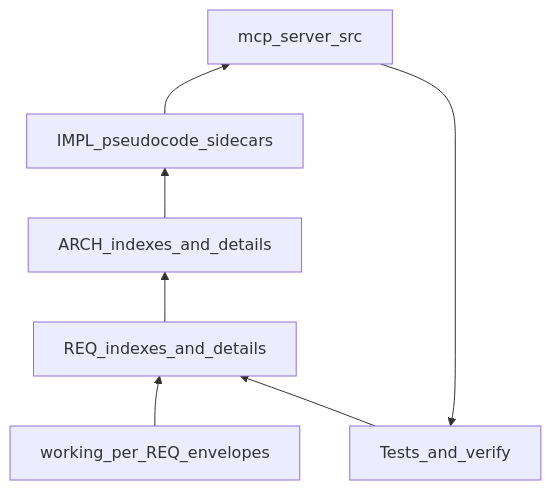
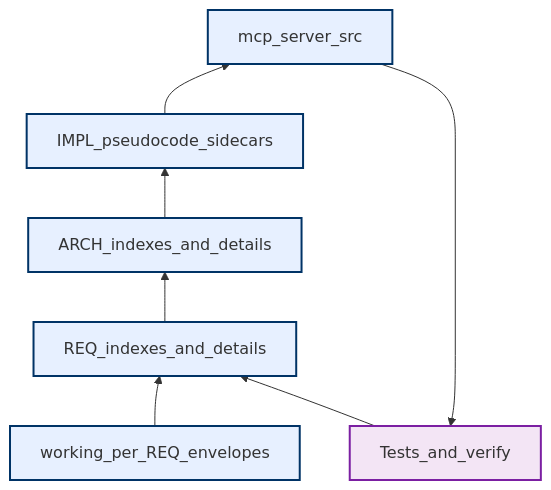
One commit to fareedst/tied changed the third of 14 diagrams in docs/stdd-workflows.md. Above: the diagram before and after it, drawn with Mermaid. The commit also changed other lines of this file and 18 other files, not shown here.

First line of the commit message:
Add STDD vocab visual encoding registry and term color index.

````diff
--- a/docs/stdd-workflows.md
+++ b/docs/stdd-workflows.md
@@ -92,15 +101,18 @@
 ```mermaid
 flowchart BT
-  tests[Tests_and_verify]
-  implCode[mcp_server_src]
-  implYaml[IMPL_pseudocode_sidecars]
-  archYaml[ARCH_indexes_and_details]
-  reqYaml[REQ_indexes_and_details]
-  working[working_per_REQ_envelopes]
+  %% palette: docs/visual-encoding-standards.md
+  classDef domTiedCorpus fill:#e7f0ff,stroke:#003366,stroke-width:2px
+  classDef domEvidenceAssurance fill:#f3e5f5,stroke:#7b1fa2,stroke-width:2px
+  tests[Tests_and_verify]:::domEvidenceAssurance
+  implCode[mcp_server_src]:::domTiedCorpus
+  implYaml[IMPL_pseudocode_sidecars]:::domTiedCorpus
+  archYaml[ARCH_indexes_and_details]:::domTiedCorpus
+  reqYaml[REQ_indexes_and_details]:::domTiedCorpus
+  working[working_per_REQ_envelopes]:::domTiedCorpus
   reqYaml --> archYaml
   archYaml --> implYaml
   implYaml --> implCode
   implCode --> tests
   working --> reqYaml
   tests --> reqYaml
 ```
````
